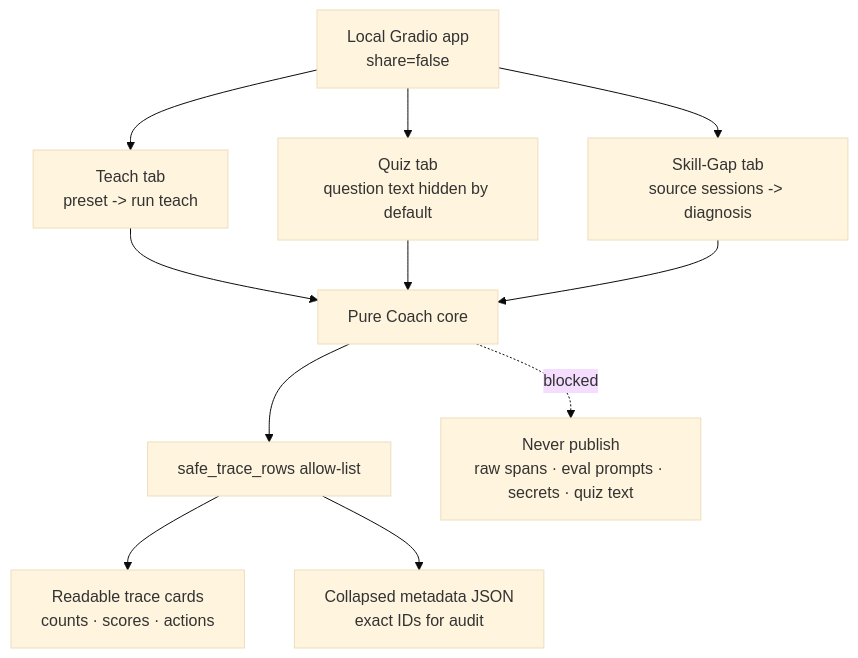
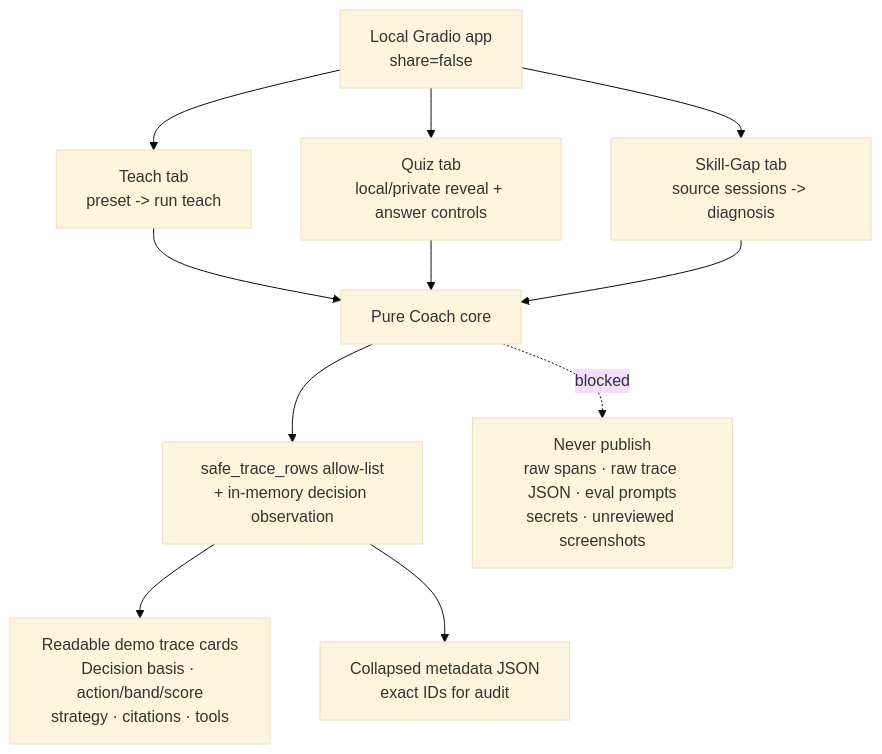
The ninth of 13 diagrams in docs/architecture-diagrams.md (manjunath84/genacademy-coach), drawn with Mermaid (base theme) before and after one commit. The commit also changed other lines of this file and 18 other files, not shown here.

First line of the commit message:
fix(ui): improve quiz answer flow

````diff
--- a/docs/architecture-diagrams.md
+++ b/docs/architecture-diagrams.md
@@ -325,23 +325,23 @@
 ```mermaid
 flowchart TD
     Gradio["Local Gradio app\nshare=false"]
     TeachTab["Teach tab\npreset -> run teach"]
-    QuizTab["Quiz tab\nquestion text hidden by default"]
+    QuizTab["Quiz tab\nlocal/private reveal + answer controls"]
     SkillGapTab["Skill-Gap tab\nsource sessions -> diagnosis"]
     Core["Pure Coach core"]
-    SafeTrace["safe_trace_rows allow-list"]
-    Cards["Readable trace cards\ncounts · scores · actions"]
+    SafeTrace["safe_trace_rows allow-list\n+ in-memory decision observation"]
+    Cards["Readable demo trace cards\nDecision basis · action/band/score\nstrategy · citations · tools"]
     JSON["Collapsed metadata JSON\nexact IDs for audit"]
-    Private["Never publish\nraw spans · eval prompts · secrets · quiz text"]
+    Private["Never publish\nraw spans · raw trace JSON · eval prompts\nsecrets · unreviewed screenshots"]
 
     Gradio --> TeachTab
     Gradio --> QuizTab
     Gradio --> SkillGapTab
     TeachTab --> Core
     QuizTab --> Core
     SkillGapTab --> Core
     Core --> SafeTrace
     SafeTrace --> Cards
     SafeTrace --> JSON
     Core -. blocked .-> Private
 ```
````
